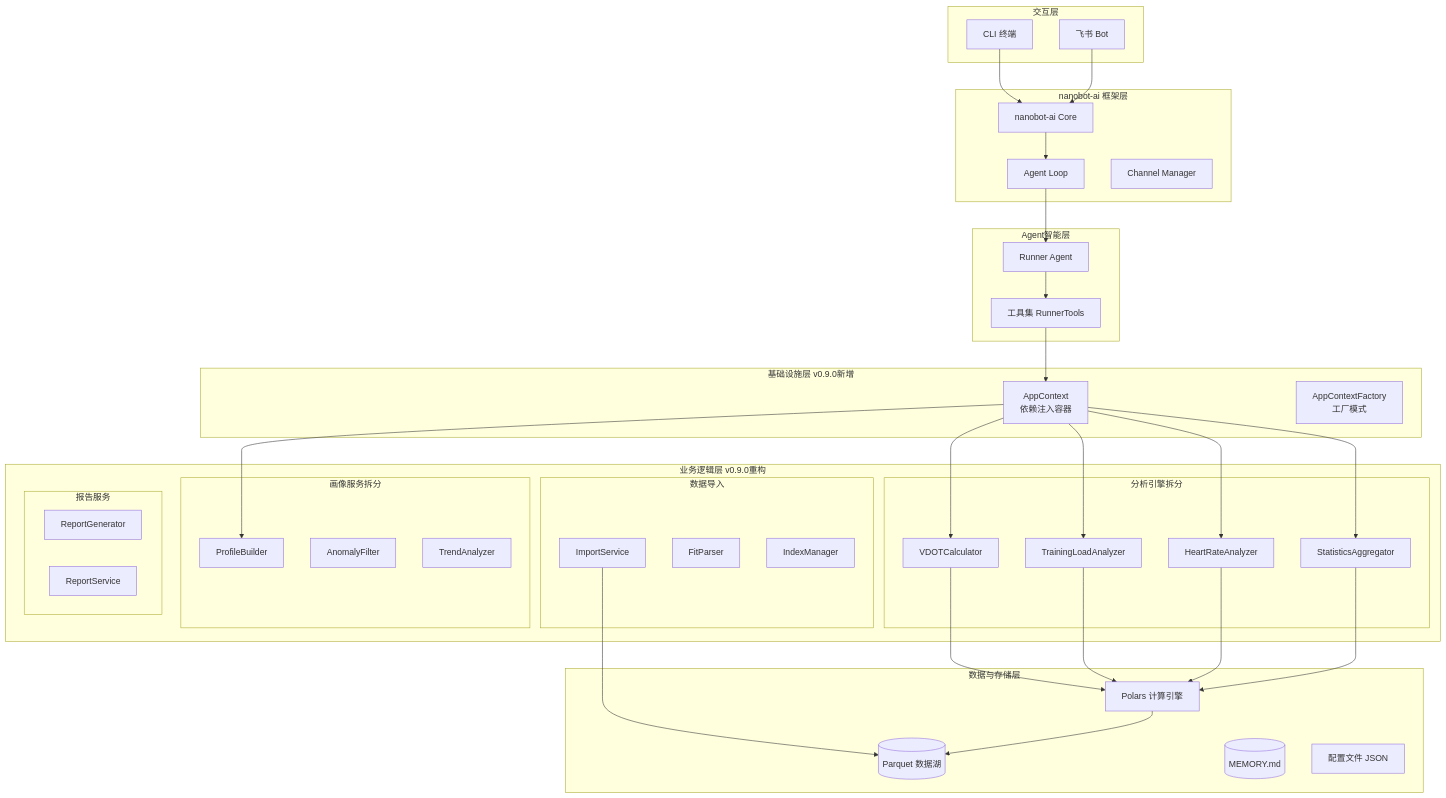
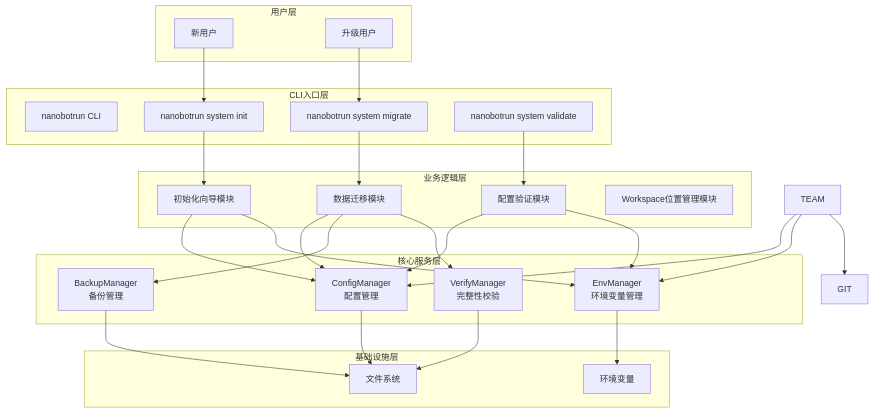
Before and after one commit to yecllsl/nanobot-runner: the first of 5 diagrams in docs/architecture/架构设计说明书.md, drawn with Mermaid. The commit also changed other lines of this file and 44 other files, not shown here.

````diff
--- a/docs/architecture/架构设计说明书.md
+++ b/docs/architecture/架构设计说明书.md
@@ -28,74 +107,56 @@
 ```mermaid
 graph TB
-    subgraph "交互层"
-        CLI[CLI 终端]
-        Feishu[飞书 Bot]
+    subgraph "用户层"
+        U1[新用户]
+        U2[升级用户]
     end
     
-    subgraph "nanobot-ai 框架层"
-        Core[nanobot-ai Core]
-        AgentLoop[Agent Loop]
-        Channels[Channel Manager]
+    subgraph "CLI入口层"
+        CLI[nanobotrun CLI]
+        CLI_INIT[nanobotrun system init]
+        CLI_MIGRATE[nanobotrun system migrate]
+        CLI_VALIDATE[nanobotrun system validate]
     end
     
-    subgraph "Agent智能层"
-        Agent[Runner Agent]
-        Tools[工具集 RunnerTools]
+    subgraph "业务逻辑层"
+        INIT[初始化向导模块]
+        MIGRATE[数据迁移模块]
+        VALIDATE[配置验证模块]
+        WORKSPACE[Workspace位置管理模块]
     end
     
-    subgraph "业务逻辑层 v0.9.0重构"
-        subgraph "数据导入"
-            ImportSvc[ImportService]
-            FitParser[FitParser]
-            Index[IndexManager]
-        end
-        
-        subgraph "分析引擎拆分"
-            VDOTCalc[VDOTCalculator]
-            TrainLoad[TrainingLoadAnalyzer]
-            HRAnalyzer[HeartRateAnalyzer]
-            StatsAgg[StatisticsAggregator]
-        end
-        
-        subgraph "画像服务拆分"
-            ProfileBuilder[ProfileBuilder]
-            AnomalyFilter[AnomalyFilter]
-            TrendAnalyzer[TrendAnalyzer]
-        end
-        
-        subgraph "报告服务"
-            ReportGen[ReportGenerator]
-            ReportSvc[ReportService]
-        end
+    subgraph "核心服务层"
+        CONFIG[ConfigManager<br/>配置管理]
+        ENV[EnvManager<br/>环境变量管理]
+        BACKUP[BackupManager<br/>备份管理]
+        VERIFY[VerifyManager<br/>完整性校验]
     end
     
-    subgraph "基础设施层 v0.9.0新增"
-        AppContext[AppContext<br/>依赖注入容器]
-        AppFactory[AppContextFactory<br/>工厂模式]
+    subgraph "基础设施层"
+        FS[文件系统]
+        ENV_VAR[环境变量]
     end
     
-    subgraph "数据与存储层"
-        ParquetStore[(Parquet 数据湖)]
-        PolarsEngine[Polars 计算引擎]
-        MemoryMD[(MEMORY.md)]
-        Config[配置文件 JSON]
-    end
+    U1 --> CLI_INIT
+    U2 --> CLI_MIGRATE
     
-    CLI --> Core
-    Feishu --> Core
-    Core --> AgentLoop
-    AgentLoop --> Agent
-    Agent --> Tools
-    Tools --> AppContext
-    AppContext --> VDOTCalc
-    AppContext --> TrainLoad
-    AppContext --> HRAnalyzer
-    AppContext --> StatsAgg
-    AppContext --> ProfileBuilder
-    ImportSvc --> ParquetStore
-    VDOTCalc --> PolarsEngine
-    TrainLoad --> PolarsEngine
-    HRAnalyzer --> PolarsEngine
-    StatsAgg --> PolarsEngine
-    PolarsEngine --> ParquetStore
+    CLI_INIT --> INIT
+    CLI_MIGRATE --> MIGRATE
+    CLI_VALIDATE --> VALIDATE
+    
+    INIT --> CONFIG
+    INIT --> ENV
+    MIGRATE --> CONFIG
+    MIGRATE --> BACKUP
+    MIGRATE --> VERIFY
+    VALIDATE --> CONFIG
+    VALIDATE --> ENV
+    TEAM --> CONFIG
+    TEAM --> ENV
+    
+    CONFIG --> FS
+    ENV --> ENV_VAR
+    BACKUP --> FS
+    VERIFY --> FS
+    TEAM --> GIT
 ```
````
